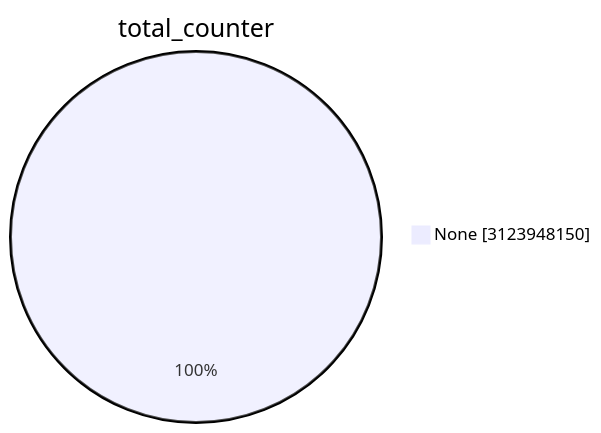
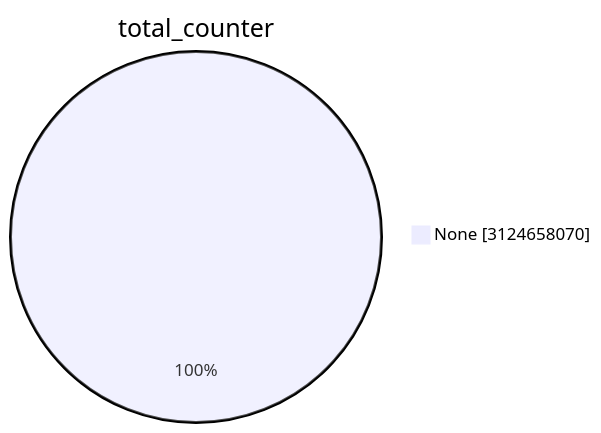
The first of 15 diagrams in TOTAL/README.md (christiankrug/ctmonitor_visualization), drawn with Mermaid before and after one commit. The commit also changed other lines of this file, not shown here.

````diff
--- a/TOTAL/README.md
+++ b/TOTAL/README.md
@@ -1,5 +1,5 @@
 ```mermaid
 pie showData
 title total_counter
-"None" :3123948150
+"None" :3124658070
 ```
````
